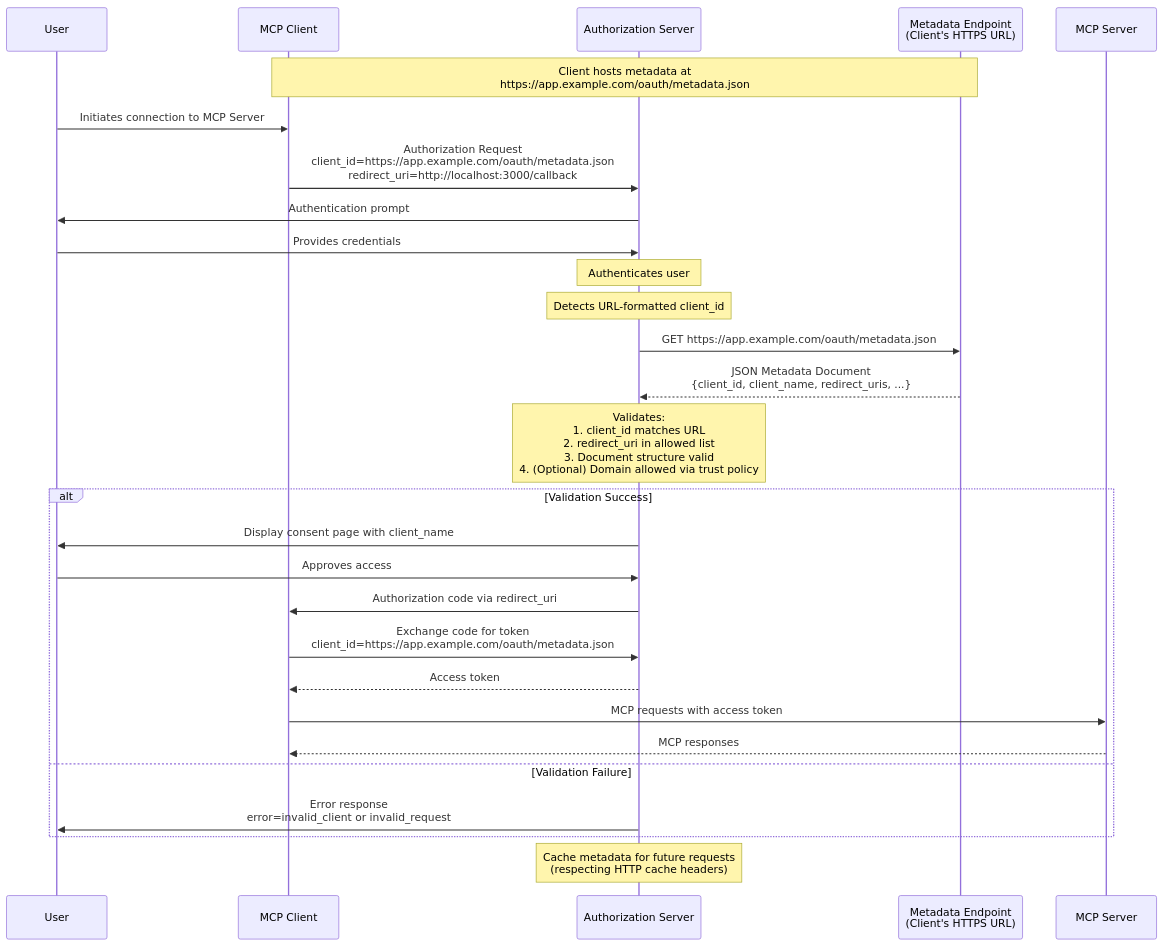
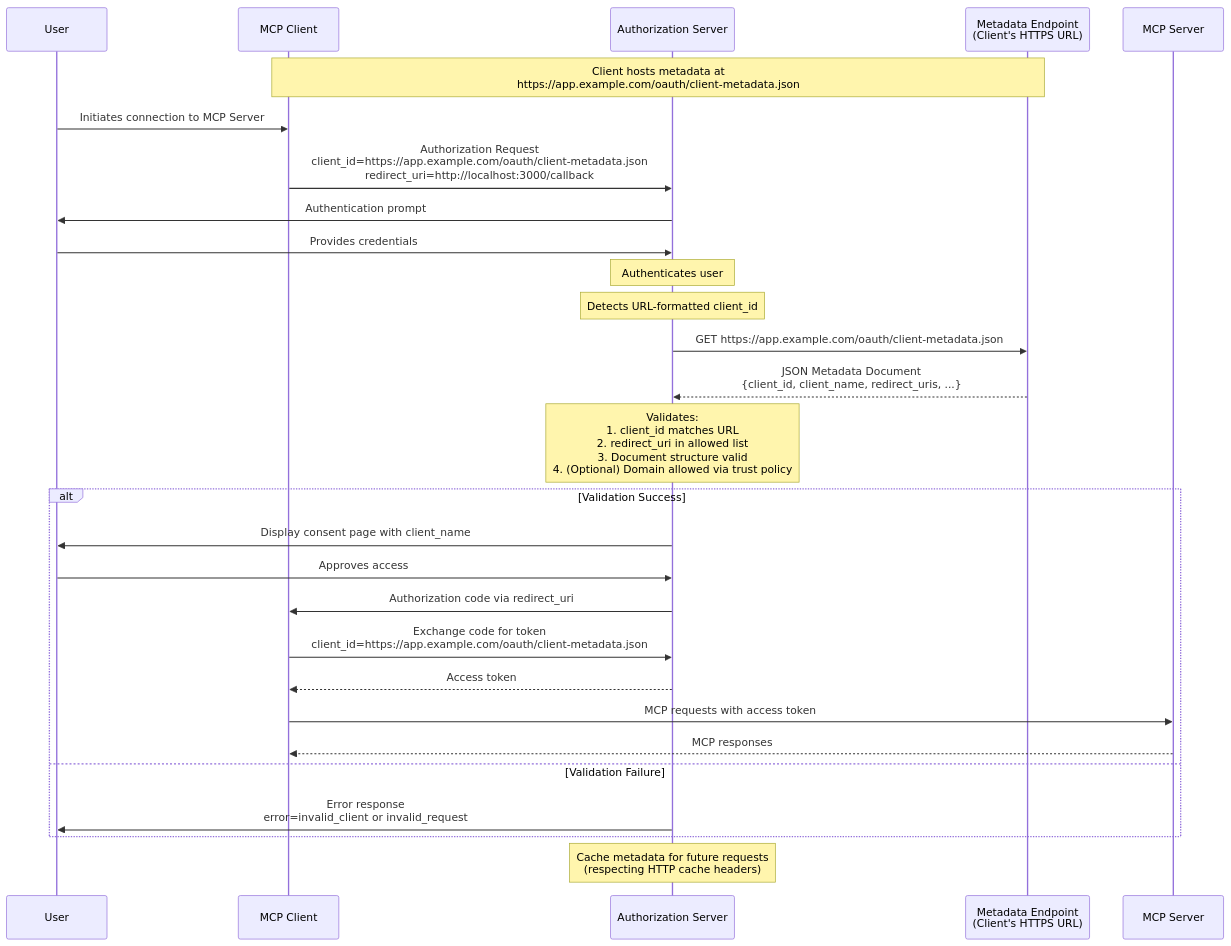
The diagram in content/mcp/specification/2026-07-28/basic/authorization/client-registration.md (thevibeworks/claude-code-docs), drawn with Mermaid before and after one commit. The commit also changed other lines of this file and 151 other files, not shown here.

````diff
--- a/content/mcp/specification/2026-07-28/basic/authorization/client-registration.md
+++ b/content/mcp/specification/2026-07-28/basic/authorization/client-registration.md
@@ -75,38 +75,38 @@
 ```mermaid theme={null}
 sequenceDiagram
     participant User
     participant Client as MCP Client
     participant Server as Authorization Server
     participant Metadata as Metadata Endpoint<br/>(Client's HTTPS URL)
     participant Resource as MCP Server
 
-    Note over Client,Metadata: Client hosts metadata at<br/>https://app.example.com/oauth/metadata.json
+    Note over Client,Metadata: Client hosts metadata at<br/>https://app.example.com/oauth/client-metadata.json
 
     User->>Client: Initiates connection to MCP Server
-    Client->>Server: Authorization Request<br/>client_id=https://app.example.com/oauth/metadata.json<br/>redirect_uri=http://localhost:3000/callback
+    Client->>Server: Authorization Request<br/>client_id=https://app.example.com/oauth/client-metadata.json<br/>redirect_uri=http://localhost:3000/callback
 
     Server->>User: Authentication prompt
     User->>Server: Provides credentials
     Note over Server: Authenticates user
 
     Note over Server: Detects URL-formatted client_id
 
-    Server->>Metadata: GET https://app.example.com/oauth/metadata.json
+    Server->>Metadata: GET https://app.example.com/oauth/client-metadata.json
     Metadata-->>Server: JSON Metadata Document<br/>{client_id, client_name, redirect_uris, ...}
 
     Note over Server: Validates:<br/>1. client_id matches URL<br/>2. redirect_uri in allowed list<br/>3. Document structure valid<br/>4. (Optional) Domain allowed via trust policy
 
     alt Validation Success
         Server->>User: Display consent page with client_name
         User->>Server: Approves access
         Server->>Client: Authorization code via redirect_uri
-        Client->>Server: Exchange code for token<br/>client_id=https://app.example.com/oauth/metadata.json
+        Client->>Server: Exchange code for token<br/>client_id=https://app.example.com/oauth/client-metadata.json
         Server-->>Client: Access token
         Client->>Resource: MCP requests with access token
         Resource-->>Client: MCP responses
     else Validation Failure
         Server->>User: Error response<br/>error=invalid_client or invalid_request
     end
 
     Note over Server: Cache metadata for future requests<br/>(respecting HTTP cache headers)
 ```
````
